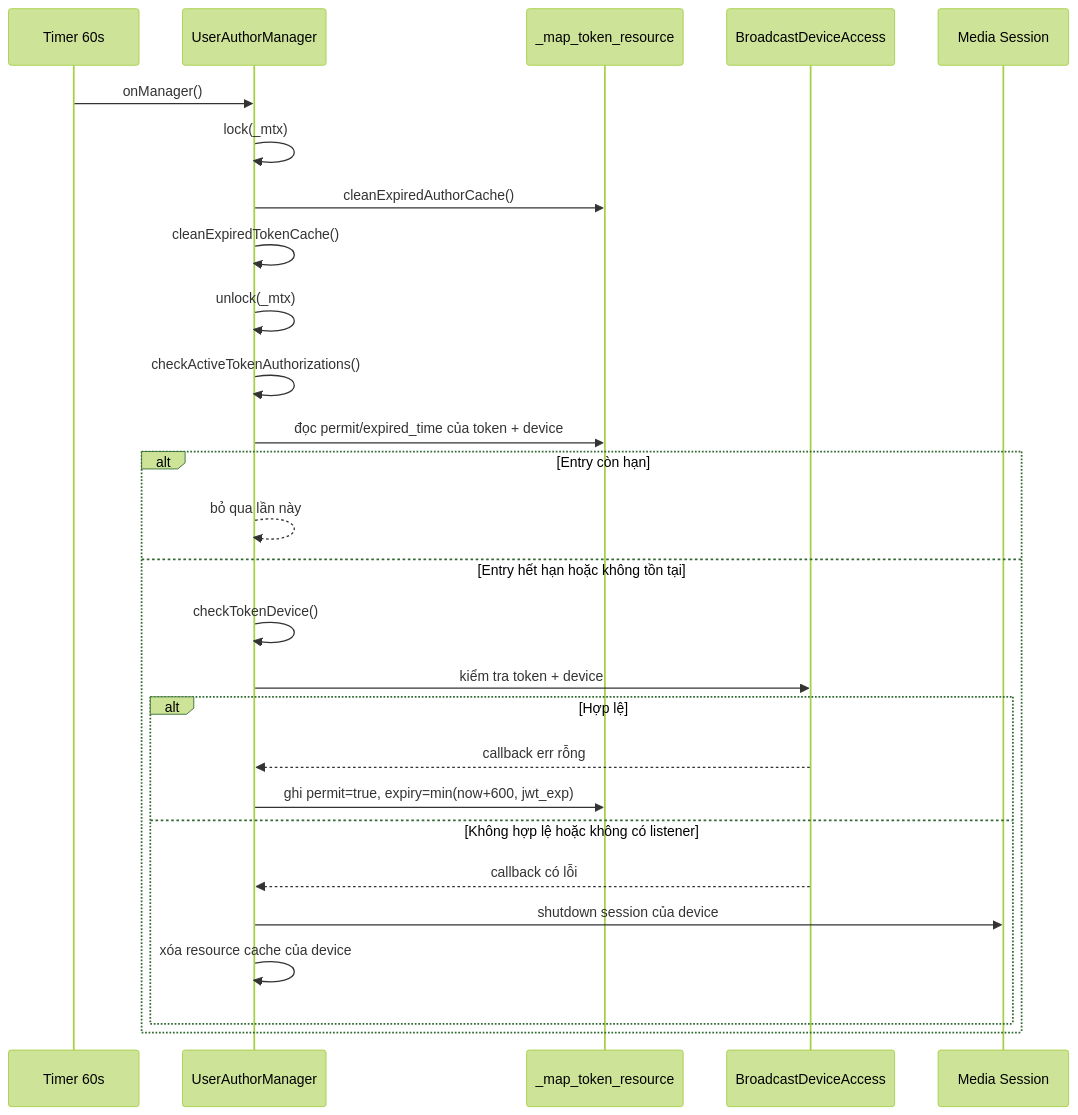
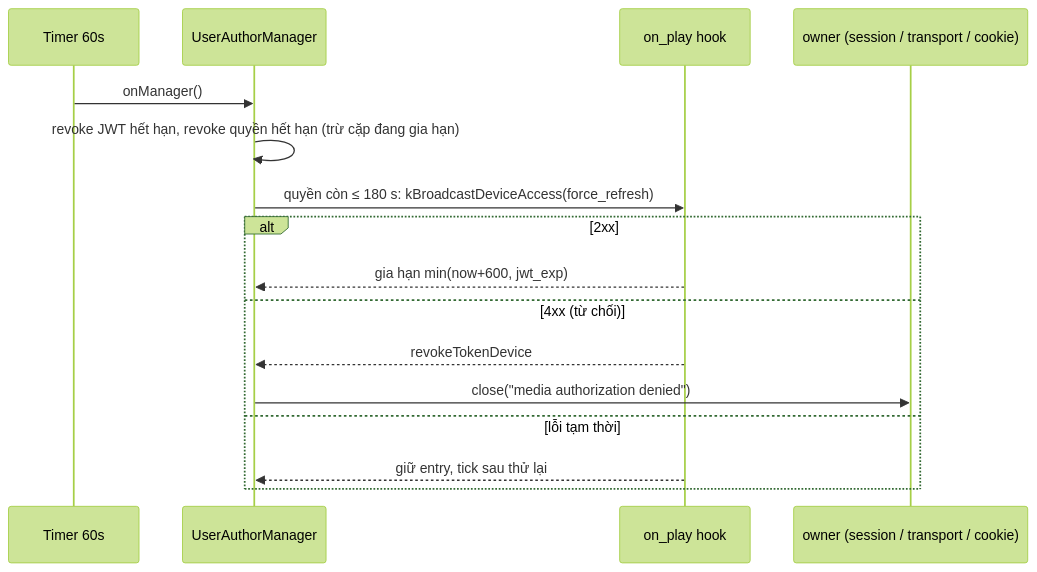
The second of 3 diagrams in docs/user-author-manager-flow.md (lightingbro46/S3MediaKit), drawn with Mermaid (forest theme) before and after one commit. The commit also changed other lines of this file and 11 other files, not shown here.

````diff
--- a/docs/user-author-manager-flow.md
+++ b/docs/user-author-manager-flow.md
@@ -47,30 +67,19 @@
 ```mermaid
 sequenceDiagram
     participant T as Timer 60s
     participant M as UserAuthorManager
-    participant R as _map_token_resource
-    participant H as BroadcastDeviceAccess
-    participant S as Media Session
+    participant H as on_play hook
+    participant S as owner (session / transport / cookie)
 
     T->>M: onManager()
-    M->>M: lock(_mtx)
-    M->>R: cleanExpiredAuthorCache()
-    M->>M: cleanExpiredTokenCache()
-    M->>M: unlock(_mtx)
-    M->>M: checkActiveTokenAuthorizations()
-    M->>R: đọc permit/expired_time của token + device
-    alt Entry còn hạn
-        M-->>M: bỏ qua lần này
-    else Entry hết hạn hoặc không tồn tại
-        M->>M: checkTokenDevice()
-        M->>H: kiểm tra token + device
-        alt Hợp lệ
-            H-->>M: callback err rỗng
-            M->>R: ghi permit=true, expiry=min(now+600, jwt_exp)
-        else Không hợp lệ hoặc không có listener
-            H-->>M: callback có lỗi
-            M->>S: shutdown session của device
-            M->>M: xóa resource cache của device
-        end
+    M->>M: revoke JWT hết hạn, revoke quyền hết hạn (trừ cặp đang gia hạn)
+    M->>H: quyền còn ≤ 180 s: kBroadcastDeviceAccess(force_refresh)
+    alt 2xx
+        H-->>M: gia hạn min(now+600, jwt_exp)
+    else 4xx (từ chối)
+        H-->>M: revokeTokenDevice
+        M->>S: close("media authorization denied")
+    else lỗi tạm thời
+        H-->>M: giữ entry, tick sau thử lại
     end
 ```
````
